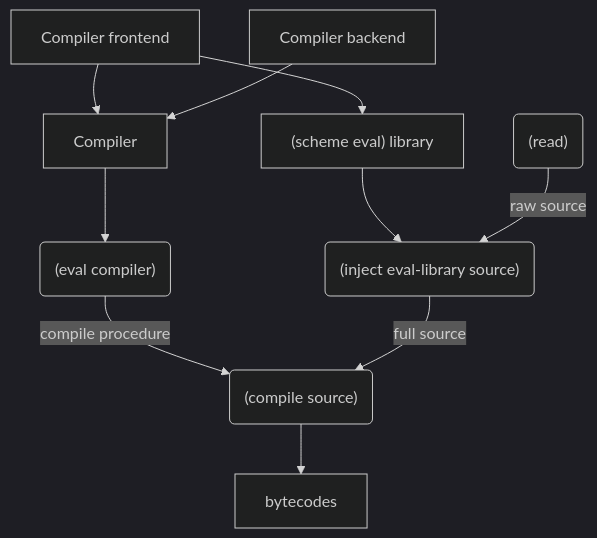
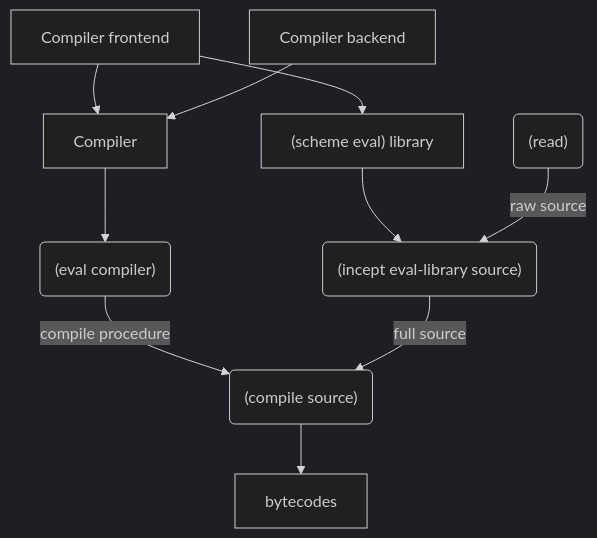
The first of 2 diagrams in posts/stak/inception.md (raviqqe/doc), drawn with Mermaid (dark theme) before and after one commit.

````diff
--- a/posts/stak/inception.md
+++ b/posts/stak/inception.md
@@ -132,13 +132,13 @@
 ```mermaid
 graph TD
   A[Compiler frontend] --> C
   A --> D
   B[Compiler backend] --> C
   C[Compiler] --> E
   D["(scheme eval) library"] --> T
   E("(eval compiler)") -->|compile procedure| F
   F("(compile source)") --> G
   G[bytecodes]
   S("(read)") -->|raw source| T
-  T("(inject eval-library source)") -->|full source| F
+  T("(incept eval-library source)") -->|full source| F
 ```
````
